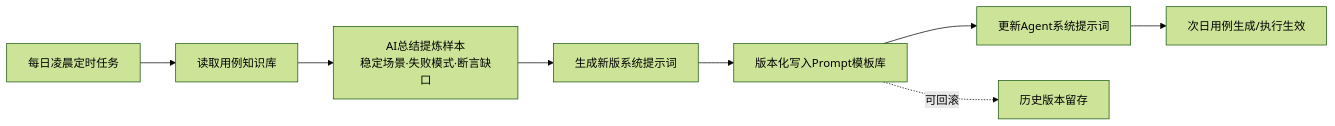
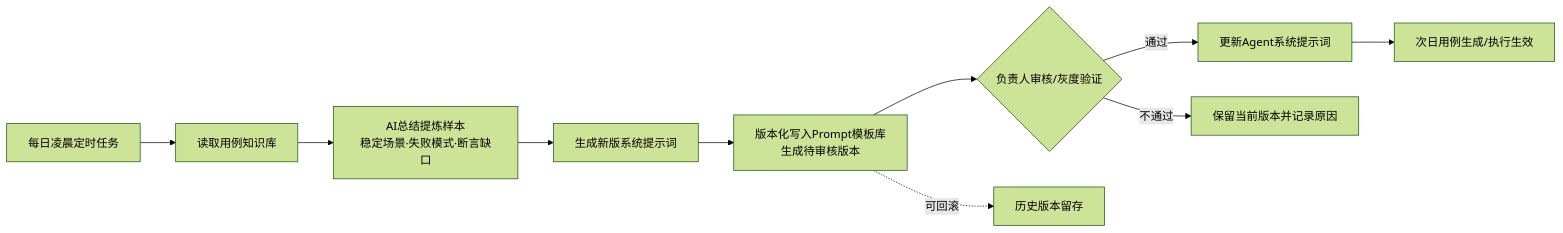
The third of 9 diagrams in AI驱动自动化测试平台自研落地实施方案.md (xiangsong97/xueran), drawn with Mermaid (forest theme) before and after one commit. The commit also changed other lines of this file, not shown here.

Commit message:
docs: clarify AI test orchestration and chapter 5 flows

````diff
--- a/AI驱动自动化测试平台自研落地实施方案.md
+++ b/AI驱动自动化测试平台自研落地实施方案.md
@@ -281,10 +281,12 @@
 ```mermaid
 flowchart LR
     A["每日凌晨定时任务"] --> B["读取用例知识库"]
     B --> C["AI总结提炼样本<br/>稳定场景·失败模式·断言缺口"]
     C --> D["生成新版系统提示词"]
-    D --> E["版本化写入Prompt模板库"]
-    E --> F["更新Agent系统提示词"]
+    D --> E["版本化写入Prompt模板库<br/>生成待审核版本"]
+    E --> REVIEW{"负责人审核/灰度验证"}
+    REVIEW -- "通过" --> F["更新Agent系统提示词"]
+    REVIEW -- "不通过" --> ROLLBACK["保留当前版本并记录原因"]
     F --> G["次日用例生成/执行生效"]
     E -.可回滚.-> H["历史版本留存"]
 ```
````
